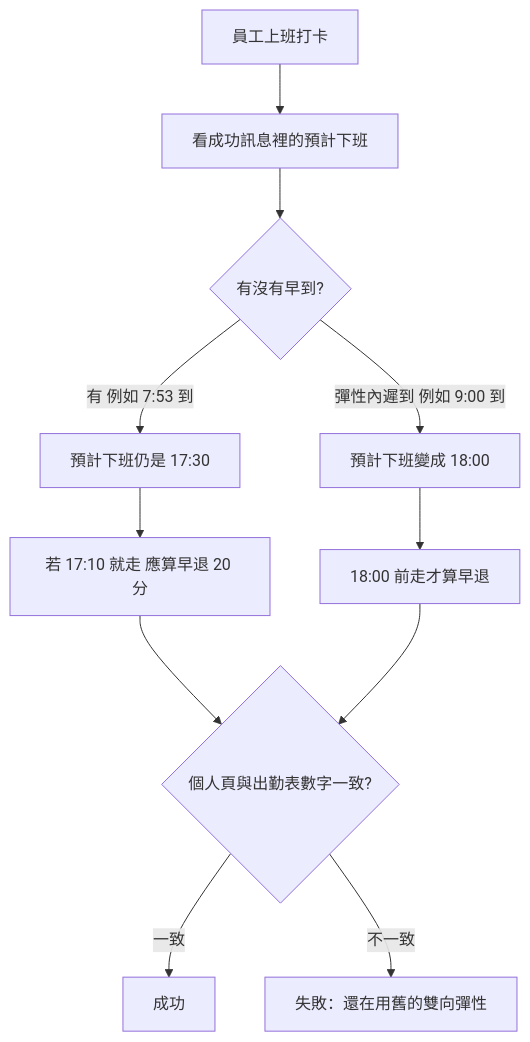
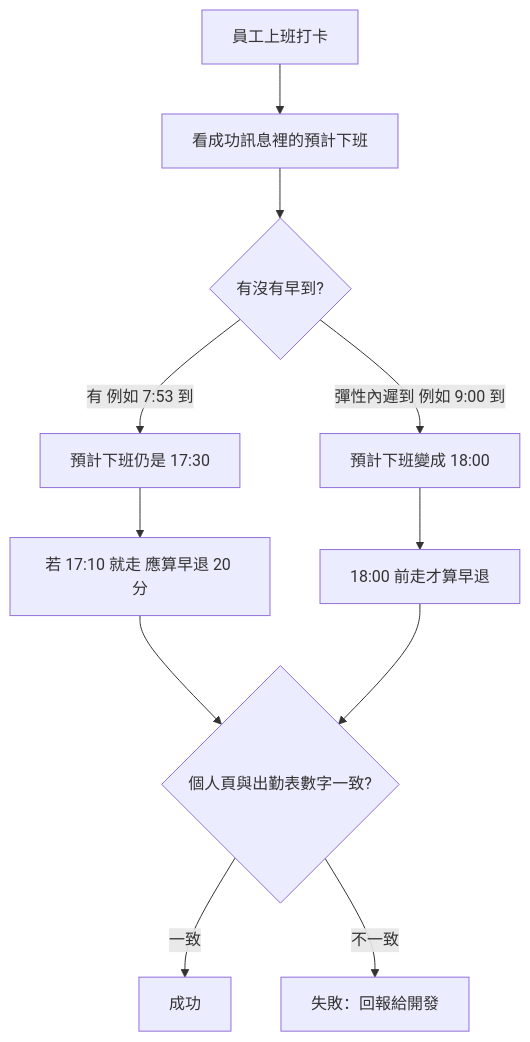
One commit to nephi4377/liff-checkin changed the diagram in 下一輪該改什麼.md. Above: the diagram before and after it, drawn with Mermaid. The commit also changed other lines of this file, not shown here.

````diff
--- a/下一輪該改什麼.md
+++ b/下一輪該改什麼.md
@@ -42,13 +42,13 @@
 ```mermaid
 flowchart TD
   A[員工上班打卡] --> B[看成功訊息裡的預計下班]
   B --> C{有沒有早到?}
   C -->|有 例如 7:53 到| D[預計下班仍是 17:30]
   C -->|彈性內遲到 例如 9:00 到| E[預計下班變成 18:00]
   D --> F[若 17:10 就走 應算早退 20 分]
   E --> G[18:00 前走才算早退]
   F --> H{個人頁與出勤表數字一致?}
   G --> H
   H -->|一致| I[成功]
-  H -->|不一致| J[失敗：還在用舊的雙向彈性]
+  H -->|不一致| J[失敗：回報給開發]
 ```
````
